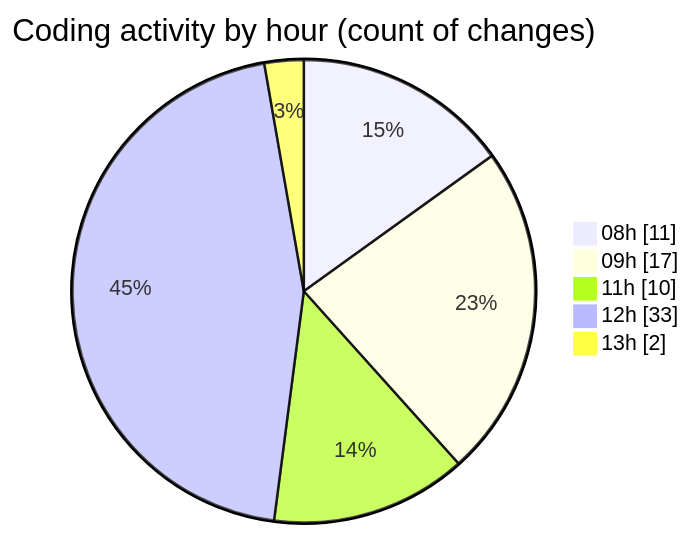
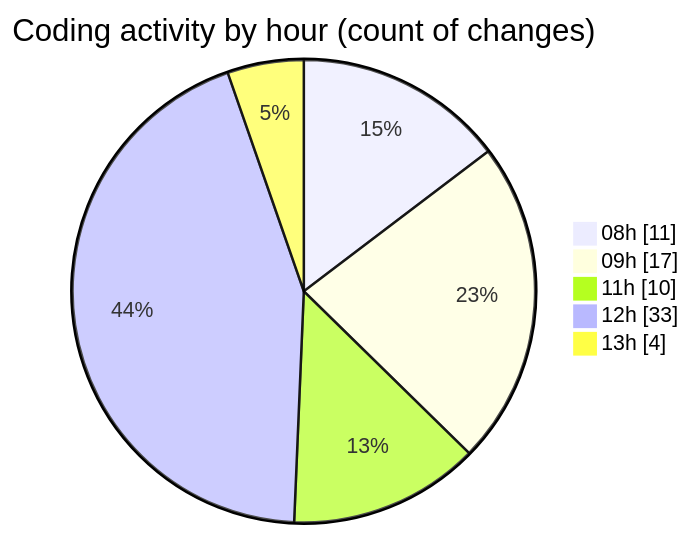
The second of 2 diagrams in 2026-09-11/cda/README.md (momahboobian/code-tracking), drawn with Mermaid before and after one commit. The commit also changed other lines of this file and 1 other file, not shown here.

````diff
--- a/2026-09-11/cda/README.md
+++ b/2026-09-11/cda/README.md
@@ -59,9 +61,9 @@
 ```mermaid
 pie showData
 title Coding activity by hour (count of changes)
 "08h" : 11
 "09h" : 17
 "11h" : 10
 "12h" : 33
-"13h" : 2
+"13h" : 4
 ```
````
